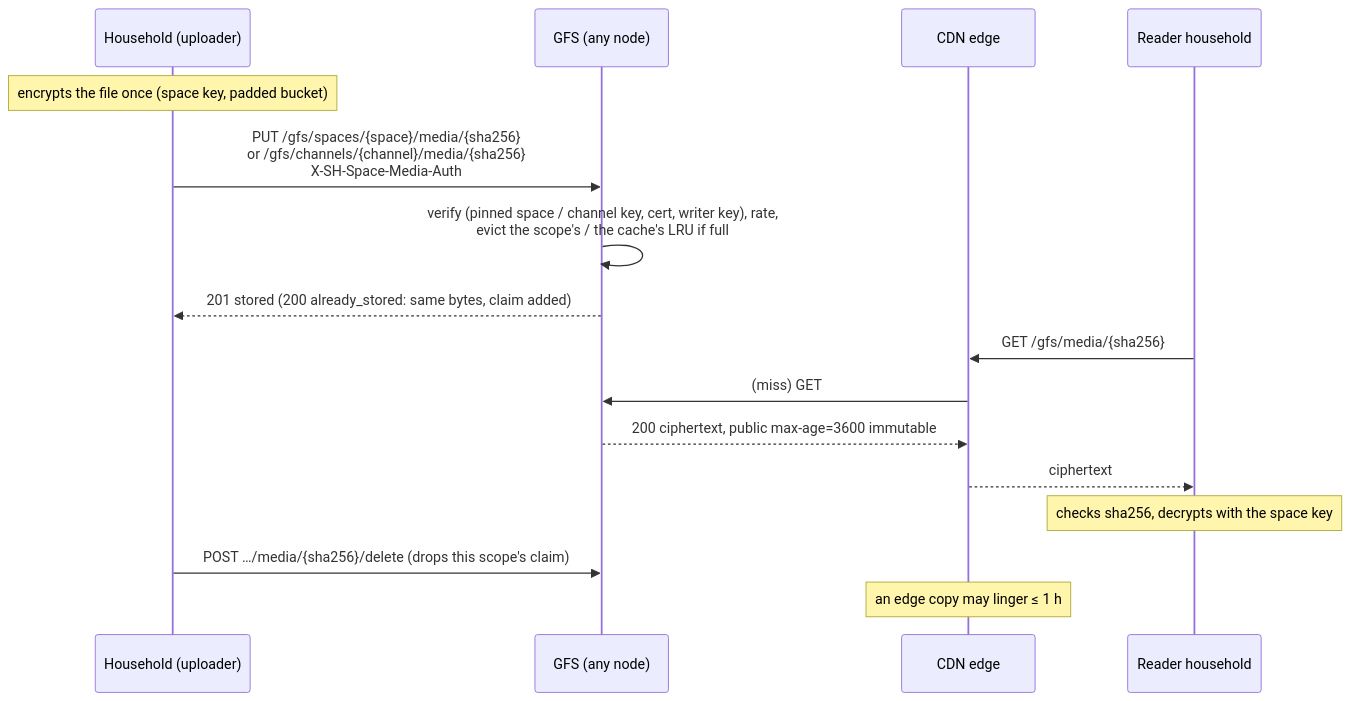
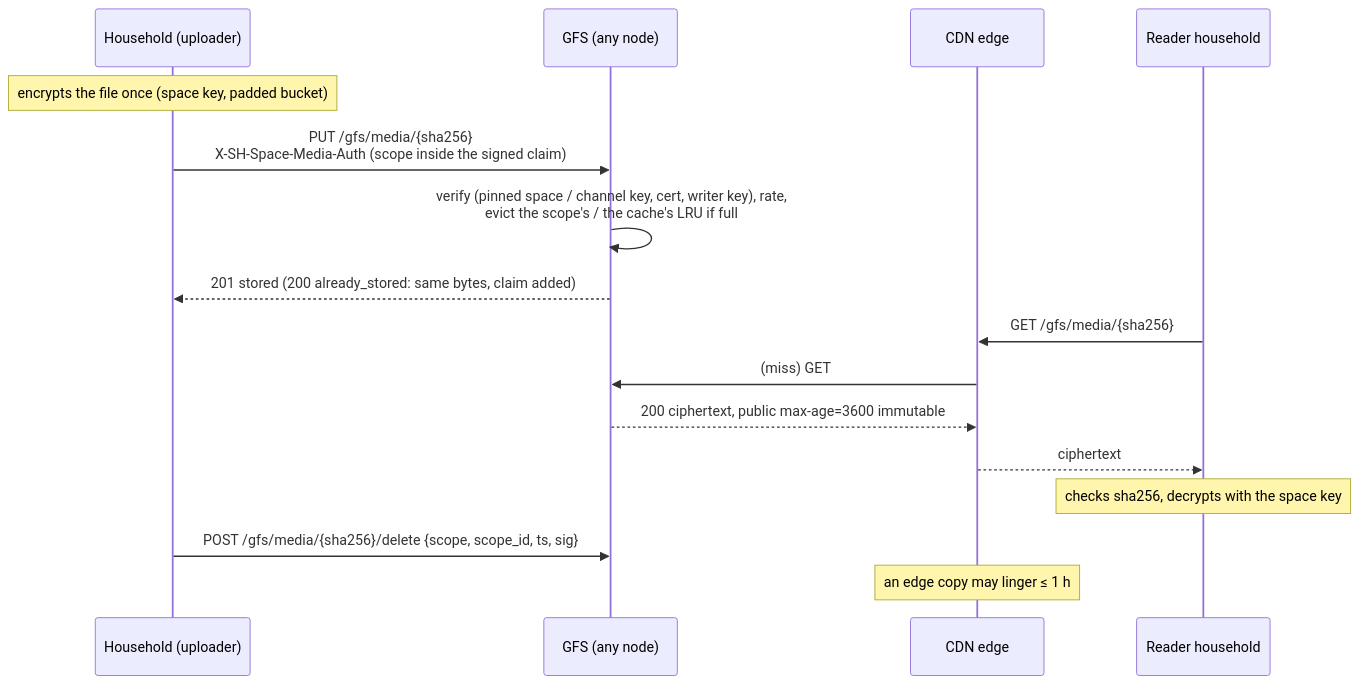
One commit to social-home-io/socialhome changed diagram 14 of 15 in docs/protocol/discovery.md. Above: the diagram before and after it, drawn with Mermaid. The commit also changed other lines of this file and 11 other files, not shown here.

First line of the commit message:
GFS space media: one scope-free path, a routed cluster-wide limiter (security review F3, F6)

````diff
--- a/docs/protocol/discovery.md
+++ b/docs/protocol/discovery.md
@@ -3671,18 +3673,18 @@
 ```mermaid
 sequenceDiagram
     participant H as Household (uploader)
     participant G as GFS (any node)
     participant C as CDN edge
     participant R as Reader household
     Note over H: encrypts the file once (space key, padded bucket)
-    H->>G: PUT /gfs/spaces/{space}/media/{sha256}<br/>or /gfs/channels/{channel}/media/{sha256}<br/>X-SH-Space-Media-Auth
+    H->>G: PUT /gfs/media/{sha256}<br/>X-SH-Space-Media-Auth (scope inside the signed claim)
     G->>G: verify (pinned space / channel key, cert, writer key), rate,<br/>evict the scope's / the cache's LRU if full
     G-->>H: 201 stored (200 already_stored: same bytes, claim added)
     R->>C: GET /gfs/media/{sha256}
     C->>G: (miss) GET
     G-->>C: 200 ciphertext, public max-age=3600 immutable
     C-->>R: ciphertext
     Note over R: checks sha256, decrypts with the space key
-    H->>G: POST …/media/{sha256}/delete (drops this scope's claim)
+    H->>G: POST /gfs/media/{sha256}/delete {scope, scope_id, ts, sig}
     Note over C: an edge copy may linger ≤ 1 h
 ```
````
